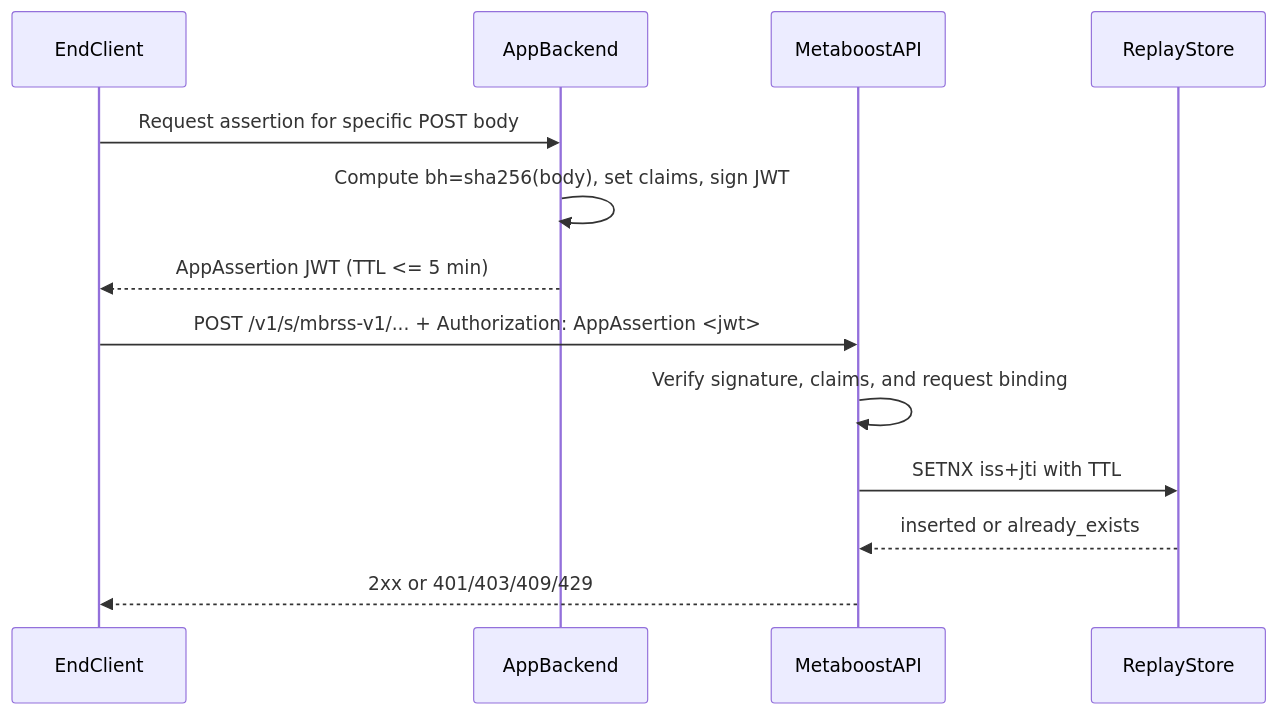
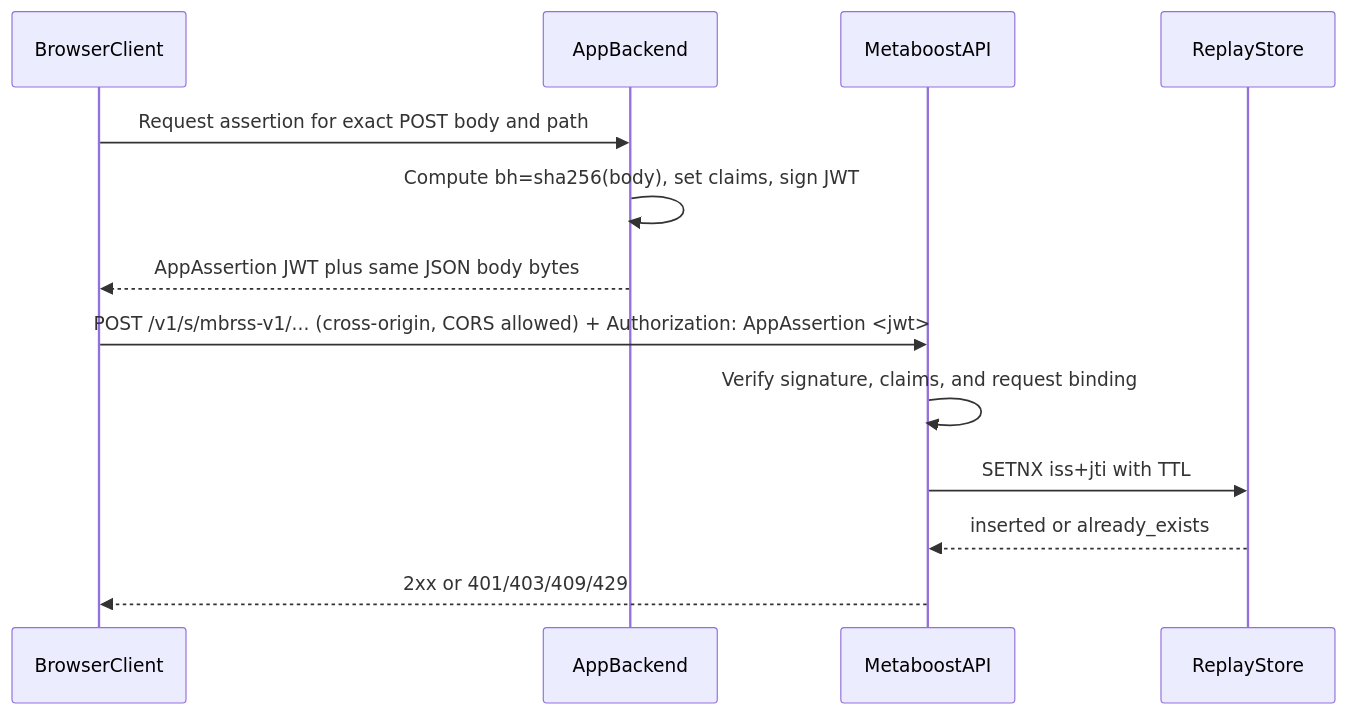
One commit to podverse/metaboost changed the second of 3 diagrams in docs/api/S-ENDPOINT-APP-SIGNING.md. Above: the diagram before and after it, drawn with Mermaid. The commit also changed other lines of this file, not shown here.

First line of the commit message:
Enhance documentation for MetaBoost CORS policy and signing flow

````diff
--- a/docs/api/S-ENDPOINT-APP-SIGNING.md
+++ b/docs/api/S-ENDPOINT-APP-SIGNING.md
@@ -215,16 +261,16 @@
 ```mermaid
 sequenceDiagram
-  participant EndClient
+  participant BrowserClient
   participant AppBackend
   participant MetaboostAPI
   participant ReplayStore
 
-  EndClient->>AppBackend: Request assertion for specific POST body
+  BrowserClient->>AppBackend: Request assertion for exact POST body and path
   AppBackend->>AppBackend: Compute bh=sha256(body), set claims, sign JWT
-  AppBackend-->>EndClient: AppAssertion JWT (TTL <= 5 min)
-  EndClient->>MetaboostAPI: POST /v1/s/mbrss-v1/... + Authorization: AppAssertion <jwt>
+  AppBackend-->>BrowserClient: AppAssertion JWT plus same JSON body bytes
+  BrowserClient->>MetaboostAPI: POST /v1/s/mbrss-v1/... (cross-origin, CORS allowed) + Authorization: AppAssertion <jwt>
   MetaboostAPI->>MetaboostAPI: Verify signature, claims, and request binding
   MetaboostAPI->>ReplayStore: SETNX iss+jti with TTL
   ReplayStore-->>MetaboostAPI: inserted or already_exists
-  MetaboostAPI-->>EndClient: 2xx or 401/403/409/429
+  MetaboostAPI-->>BrowserClient: 2xx or 401/403/409/429
 ```
````
